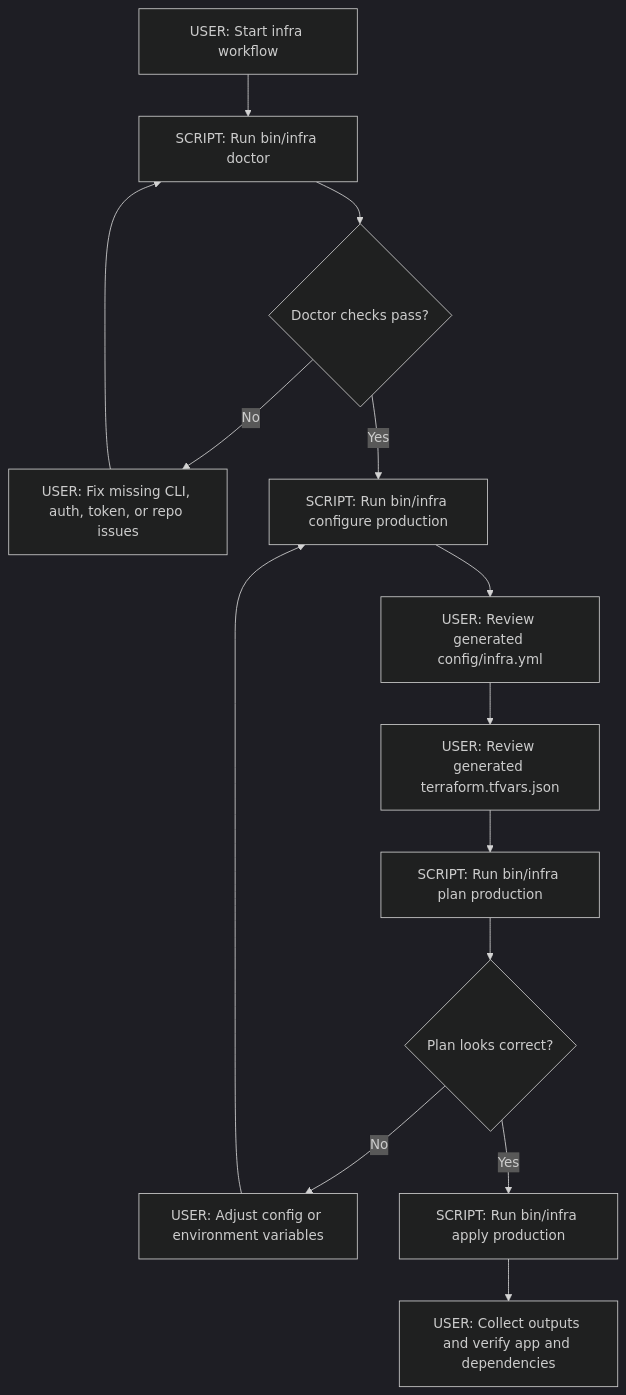
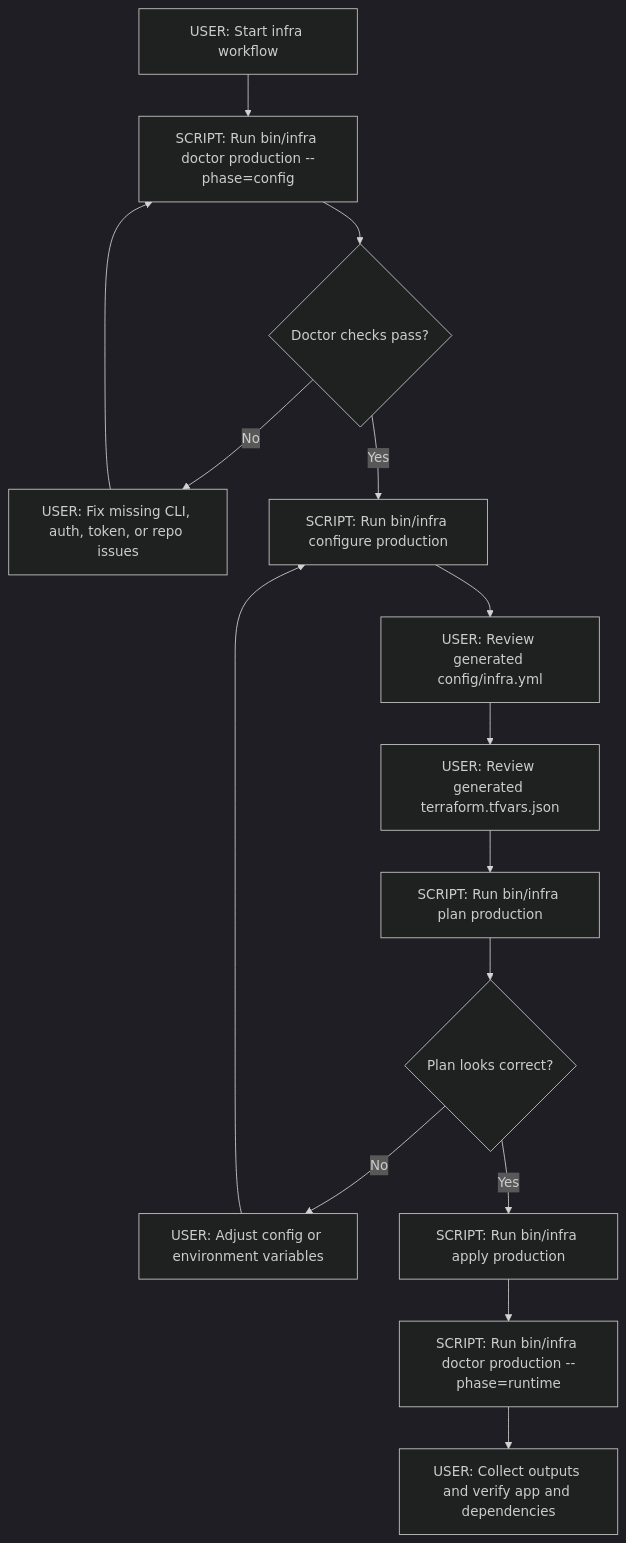
The first of 2 diagrams in infra/digitalocean/README.md (scarrick68/product-template-workspace), drawn with Mermaid (dark theme) before and after one commit. The commit also changed other lines of this file and 14 other files, not shown here.

Commit message:
fix(infra): split config/runtime doctor checks, fix spaces bootstrap order, bootstrap rails creds so doctor checks succeed, downgrade to v2 opensearch bc that is what DO managed opensearch currently supports, and tokenized doctl calls for spaces keys which was part of debugging the bootstrap flow

````diff
--- a/infra/digitalocean/README.md
+++ b/infra/digitalocean/README.md
@@ -10,16 +10,17 @@
 ```mermaid
 flowchart TD
-	A[USER: Start infra workflow] --> B[SCRIPT: Run bin/infra doctor]
+	A[USER: Start infra workflow] --> B[SCRIPT: Run bin/infra doctor production --phase=config]
 	B --> C{Doctor checks pass?}
 	C -- No --> D[USER: Fix missing CLI, auth, token, or repo issues]
 	D --> B
 	C -- Yes --> E[SCRIPT: Run bin/infra configure production]
 	E --> F[USER: Review generated config/infra.yml]
 	F --> G[USER: Review generated terraform.tfvars.json]
 	G --> H[SCRIPT: Run bin/infra plan production]
 	H --> I{Plan looks correct?}
 	I -- No --> J[USER: Adjust config or environment variables]
 	J --> E
 	I -- Yes --> K[SCRIPT: Run bin/infra apply production]
-	K --> L[USER: Collect outputs and verify app and dependencies]
+	K --> L[SCRIPT: Run bin/infra doctor production --phase=runtime]
+	L --> M[USER: Collect outputs and verify app and dependencies]
 ```
````
